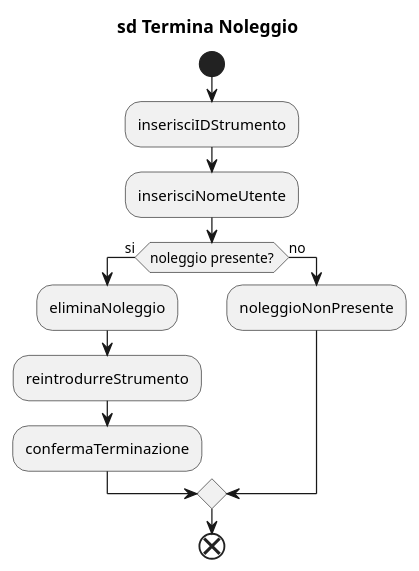
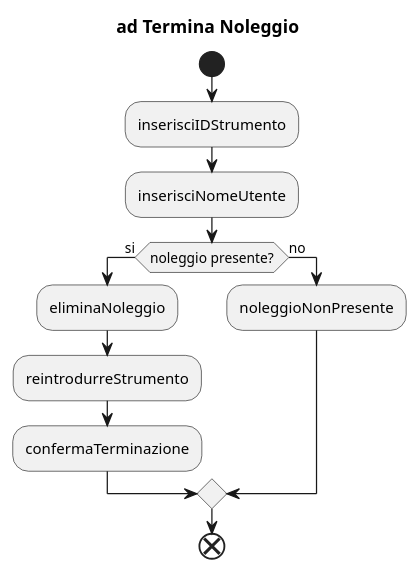
Before and after one commit to sprinja/Progetto_Shop_Strumenti_Musicali: the diagram in uml/Diagrammi di attività/Diagrammadiattivita_TerminaNoleggio.puml, drawn with PlantUML. The commit also changed 16 other files, not shown here.

```diff
--- a/uml/Diagrammi di attività/Diagrammadiattivita_TerminaNoleggio.puml
+++ b/uml/Diagrammi di attività/Diagrammadiattivita_TerminaNoleggio.puml
@@ -1,15 +1,15 @@
 @startuml
-title sd Termina Noleggio
+title ad Termina Noleggio
 
 start
 :inserisciIDStrumento;
 :inserisciNomeUtente;
 if (noleggio presente?) then (si)
   :eliminaNoleggio;
   :reintrodurreStrumento;
   :confermaTerminazione;
 else (no)
   :noleggioNonPresente;
 endif
 end
 @enduml
```
